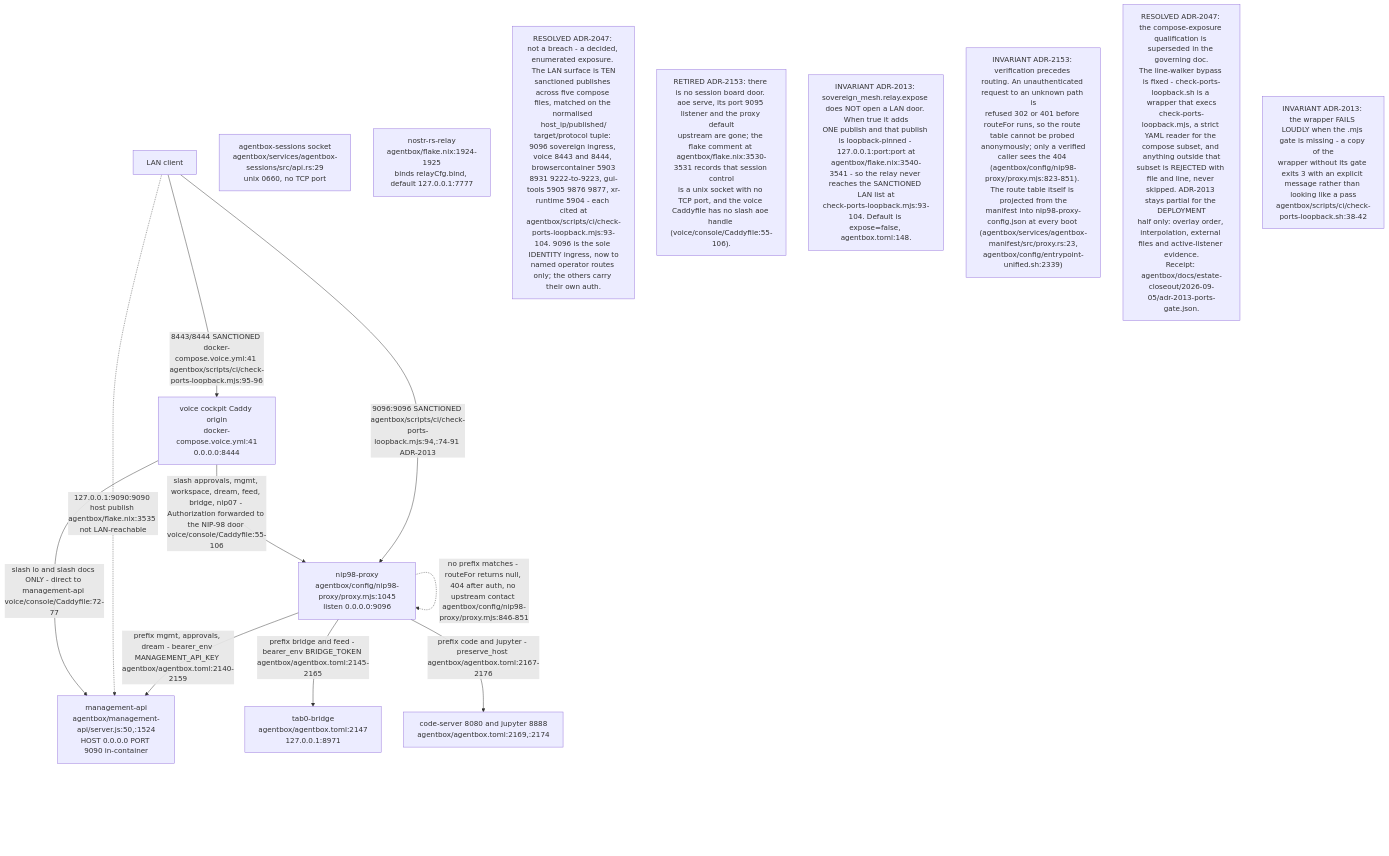
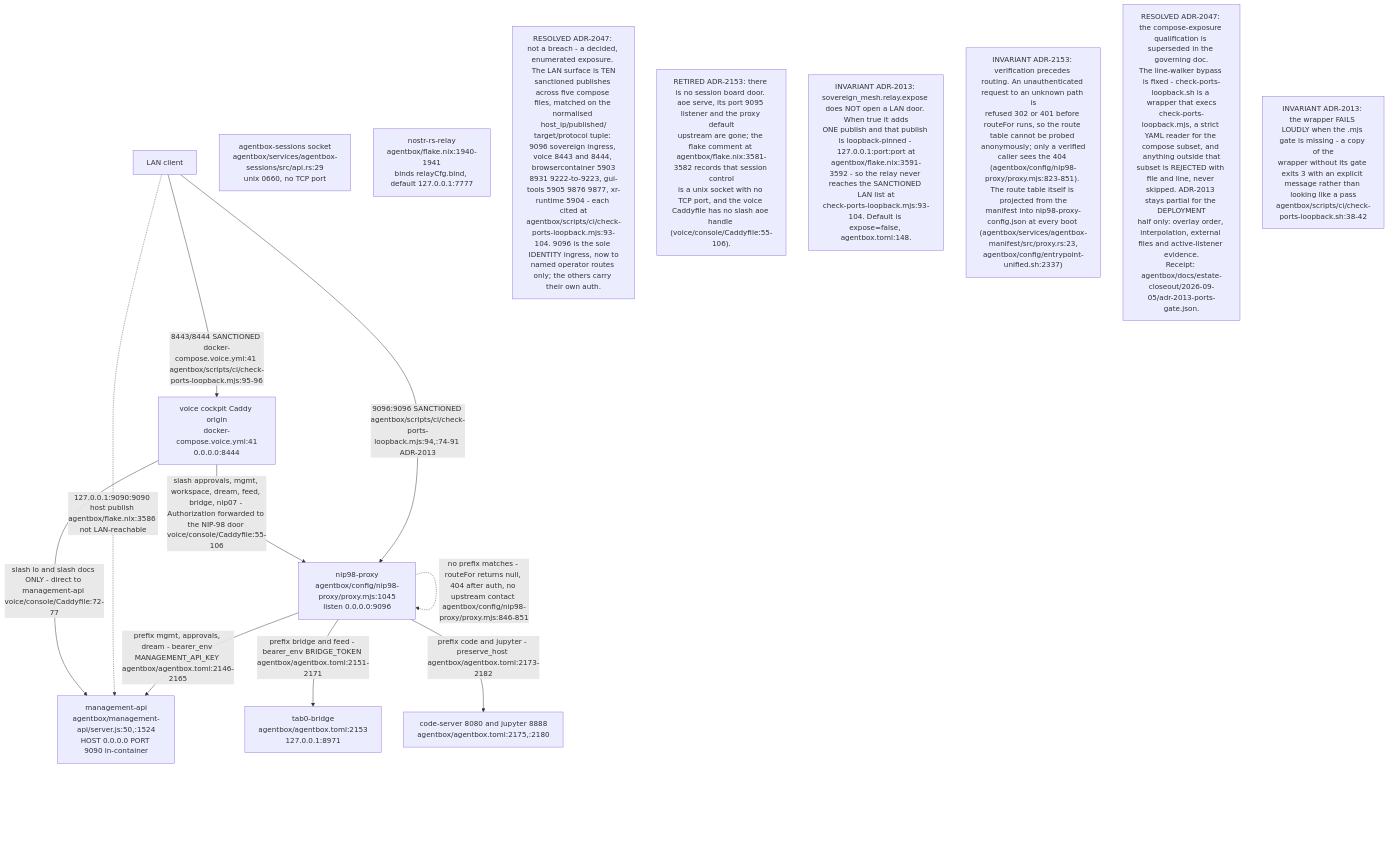
The first of 13 diagrams in docs/diagrams/agentbox/10-ingress-nip98-proxy-and-aoe.md (DreamLab-AI/VisionFlow), drawn with Mermaid before and after one commit. The commit also changed other lines of this file and 36 other files, not shown here.

First line of the commit message:
docs(diagrams): re-derive and re-stamp agentbox, dream-engine, visioncraft, visiontouch and vowl topics; drop LAN addresses

````diff
--- a/docs/diagrams/agentbox/10-ingress-nip98-proxy-and-aoe.md
+++ b/docs/diagrams/agentbox/10-ingress-nip98-proxy-and-aoe.md
@@ -45,28 +45,28 @@
 ```mermaid
 flowchart TB
     LAN["LAN client"]
     P9096["nip98-proxy<br/>agentbox/config/nip98-proxy/proxy.mjs:1045<br/>listen 0.0.0.0:9096"]
     MGMT9090["management-api<br/>agentbox/management-api/server.js:50,:1524<br/>HOST 0.0.0.0 PORT 9090 in-container"]
-    BRIDGE8971["tab0-bridge<br/>agentbox/agentbox.toml:2147<br/>127.0.0.1:8971"]
-    IDE["code-server 8080 and jupyter 8888<br/>agentbox/agentbox.toml:2169,:2174"]
+    BRIDGE8971["tab0-bridge<br/>agentbox/agentbox.toml:2153<br/>127.0.0.1:8971"]
+    IDE["code-server 8080 and jupyter 8888<br/>agentbox/agentbox.toml:2175,:2180"]
     SOCK["agentbox-sessions socket<br/>agentbox/services/agentbox-sessions/src/api.rs:29<br/>unix 0660, no TCP port"]
-    RELAY7777["nostr-rs-relay<br/>agentbox/flake.nix:1924-1925<br/>binds relayCfg.bind, default 127.0.0.1:7777"]
+    RELAY7777["nostr-rs-relay<br/>agentbox/flake.nix:1940-1941<br/>binds relayCfg.bind, default 127.0.0.1:7777"]
     VOICE8444["voice cockpit Caddy origin<br/>docker-compose.voice.yml:41<br/>0.0.0.0:8444"]
 
     LAN -->|"9096:9096 SANCTIONED agentbox/scripts/ci/check-ports-loopback.mjs:94,:74-91 ADR-2013"| P9096
-    P9096 -->|"prefix mgmt, approvals, dream - bearer_env MANAGEMENT_API_KEY agentbox/agentbox.toml:2140-2159"| MGMT9090
-    P9096 -->|"prefix bridge and feed - bearer_env BRIDGE_TOKEN agentbox/agentbox.toml:2145-2165"| BRIDGE8971
-    P9096 -->|"prefix code and jupyter - preserve_host agentbox/agentbox.toml:2167-2176"| IDE
+    P9096 -->|"prefix mgmt, approvals, dream - bearer_env MANAGEMENT_API_KEY agentbox/agentbox.toml:2146-2165"| MGMT9090
+    P9096 -->|"prefix bridge and feed - bearer_env BRIDGE_TOKEN agentbox/agentbox.toml:2151-2171"| BRIDGE8971
+    P9096 -->|"prefix code and jupyter - preserve_host agentbox/agentbox.toml:2173-2182"| IDE
     P9096 -.->|"no prefix matches - routeFor returns null, 404 after auth, no upstream contact agentbox/config/nip98-proxy/proxy.mjs:846-851"| P9096
-    LAN -.->|"127.0.0.1:9090:9090 host publish agentbox/flake.nix:3535 not LAN-reachable"| MGMT9090
+    LAN -.->|"127.0.0.1:9090:9090 host publish agentbox/flake.nix:3586 not LAN-reachable"| MGMT9090
     LAN -->|"8443/8444 SANCTIONED docker-compose.voice.yml:41 agentbox/scripts/ci/check-ports-loopback.mjs:95-96"| VOICE8444
     VOICE8444 -->|"slash lo and slash docs ONLY - direct to management-api voice/console/Caddyfile:72-77"| MGMT9090
     VOICE8444 -->|"slash approvals, mgmt, workspace, dream, feed, bridge, nip07 - Authorization forwarded to the NIP-98 door voice/console/Caddyfile:55-106"| P9096
 
 N1["RESOLVED ADR-2047: not a breach - a decided, enumerated exposure. The LAN surface is TEN<br/>sanctioned publishes across five compose files, matched on the normalised host_ip/published/<br/>target/protocol tuple: 9096 sovereign ingress, voice 8443 and 8444, browsercontainer 5903<br/>8931 9222-to-9223, gui-tools 5905 9876 9877, xr-runtime 5904 - each cited at<br/>agentbox/scripts/ci/check-ports-loopback.mjs:93-104. 9096 is the sole IDENTITY ingress, now to<br/>named operator routes only; the others carry their own auth."]
-N2["RETIRED ADR-2153: there is no session board door. aoe serve, its port 9095 listener and the proxy default<br/>upstream are gone; the flake comment at agentbox/flake.nix:3530-3531 records that session control<br/>is a unix socket with no TCP port, and the voice Caddyfile has no slash aoe handle (voice/console/Caddyfile:55-106)."]
-N6["INVARIANT ADR-2013: sovereign_mesh.relay.expose does NOT open a LAN door. When true it adds<br/>ONE publish and that publish is loopback-pinned - 127.0.0.1:port:port at<br/>agentbox/flake.nix:3540-3541 - so the relay never reaches the SANCTIONED LAN list at<br/>check-ports-loopback.mjs:93-104. Default is expose=false, agentbox.toml:148."]
-N3["INVARIANT ADR-2153: verification precedes routing. An unauthenticated request to an unknown path is<br/>refused 302 or 401 before routeFor runs, so the route table cannot be probed anonymously; only a verified<br/>caller sees the 404 (agentbox/config/nip98-proxy/proxy.mjs:823-851). The route table itself is projected from the<br/>manifest into nip98-proxy-config.json at every boot (agentbox/services/agentbox-manifest/src/proxy.rs:23,<br/>agentbox/config/entrypoint-unified.sh:2339)"]
+N2["RETIRED ADR-2153: there is no session board door. aoe serve, its port 9095 listener and the proxy default<br/>upstream are gone; the flake comment at agentbox/flake.nix:3581-3582 records that session control<br/>is a unix socket with no TCP port, and the voice Caddyfile has no slash aoe handle (voice/console/Caddyfile:55-106)."]
+N6["INVARIANT ADR-2013: sovereign_mesh.relay.expose does NOT open a LAN door. When true it adds<br/>ONE publish and that publish is loopback-pinned - 127.0.0.1:port:port at<br/>agentbox/flake.nix:3591-3592 - so the relay never reaches the SANCTIONED LAN list at<br/>check-ports-loopback.mjs:93-104. Default is expose=false, agentbox.toml:148."]
+N3["INVARIANT ADR-2153: verification precedes routing. An unauthenticated request to an unknown path is<br/>refused 302 or 401 before routeFor runs, so the route table cannot be probed anonymously; only a verified<br/>caller sees the 404 (agentbox/config/nip98-proxy/proxy.mjs:823-851). The route table itself is projected from the<br/>manifest into nip98-proxy-config.json at every boot (agentbox/services/agentbox-manifest/src/proxy.rs:23,<br/>agentbox/config/entrypoint-unified.sh:2337)"]
 N4["RESOLVED ADR-2047: the compose-exposure qualification is superseded in the governing doc.<br/>The line-walker bypass is fixed - check-ports-loopback.sh is a wrapper that execs<br/>check-ports-loopback.mjs, a strict YAML reader for the compose subset, and anything outside that<br/>subset is REJECTED with file and line, never skipped. ADR-2013 stays partial for the DEPLOYMENT<br/>half only: overlay order, interpolation, external files and active-listener evidence.<br/>Receipt: agentbox/docs/estate-closeout/2026-09-05/adr-2013-ports-gate.json."]
 N5["INVARIANT ADR-2013: the wrapper FAILS LOUDLY when the .mjs gate is missing - a copy of the<br/>wrapper without its gate exits 3 with an explicit message rather than looking like a pass<br/>agentbox/scripts/ci/check-ports-loopback.sh:38-42"]
 ```
````
